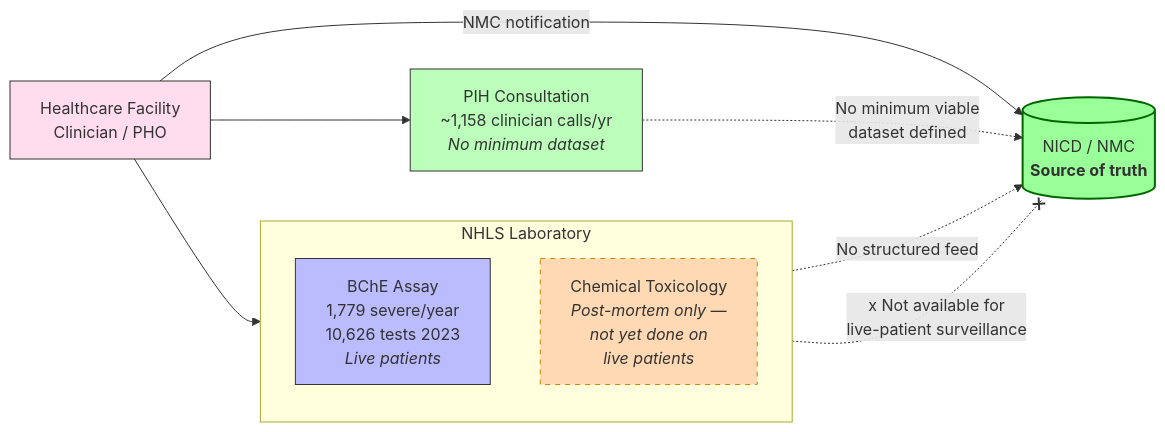
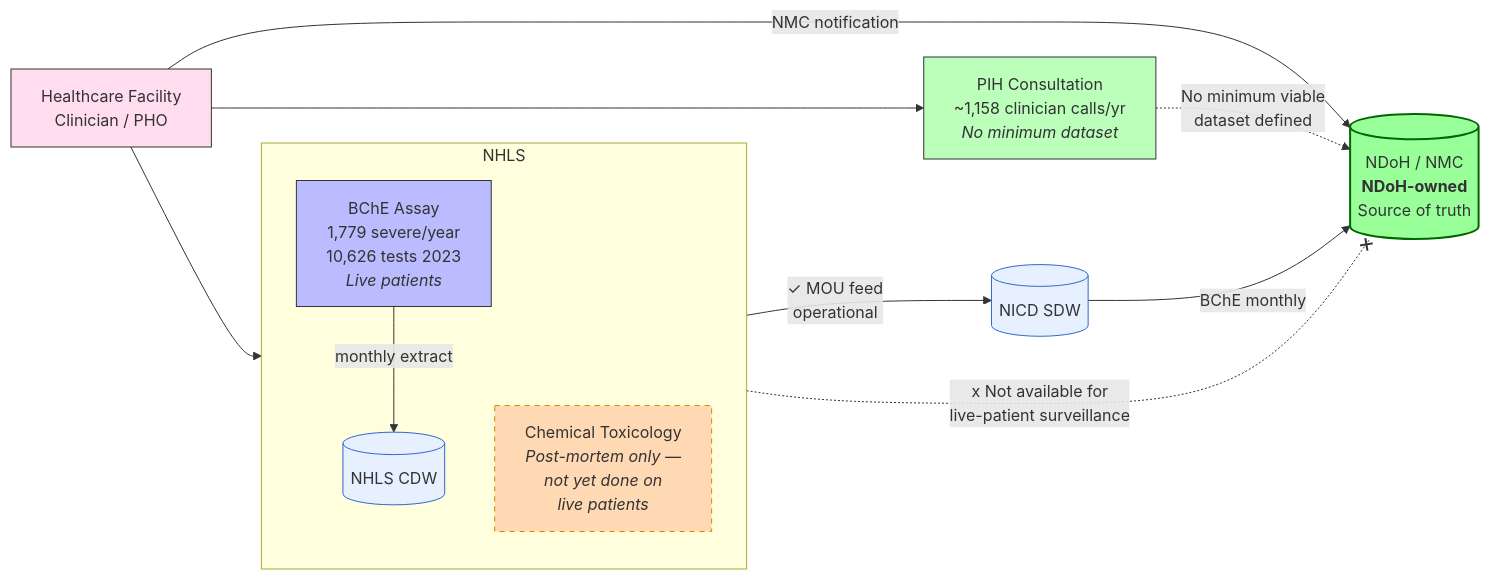
The first of 2 diagrams in posts/surveillance_policy.qmd (bridaybrummer/D2P_project), drawn with Mermaid before and after one commit. The commit also changed other lines of this file and 9 other files, not shown here.

````diff
--- a/posts/surveillance_policy.qmd
+++ b/posts/surveillance_policy.qmd
@@ -49,25 +49,32 @@
 ```{mermaid}
 %%| label: fig-surv-current-system
-%%| fig-cap: "Current surveillance architecture. NICD/NMC is the source of truth, but the NHLS laboratory streams (BChE on live patients; chemical toxicology — post-mortem only) and PIH consultations do not feed into NMC in a structured way."
+%%| fig-cap: "Current surveillance architecture. NMC is NDoH-owned and is the source of truth. NHLS BChE results now route to NMC via NHLS CDW → NICD SDW (MOU feed, now operational). Two active gaps remain: PIH consultations have no structured NMC feed, and chemical toxicology is post-mortem only."
 flowchart LR
-    A[Healthcare Facility<br/>Clinician / PHO] -->|NMC notification| E[("NICD / NMC<br/><b>Source of truth</b>")]
-    A --> N[NHLS Laboratory]
+    A[Healthcare Facility<br/>Clinician / PHO] -->|NMC notification| E[("NDoH / NMC<br/><b>NDoH-owned</b><br/>Source of truth")]
+    A --> NHLS
 
-    subgraph N[NHLS Laboratory]
+    subgraph NHLS[NHLS]
         direction TB
         C1[BChE Assay<br/>1,779 severe/year<br/>10,626 tests 2023<br/><i>Live patients</i>]
         C2[Chemical Toxicology<br/><i>Post-mortem only —<br/>not yet done on<br/>live patients</i>]
+        CDW[(NHLS CDW)]
+        C1 -->|monthly extract| CDW
     end
+
+    SDW[(NICD SDW)]
+    CDW -->|"✓ MOU feed<br/>operational"| SDW
+    SDW -->|BChE monthly| E
 
     A --> D[PIH Consultation<br/>~1,158 clinician calls/yr<br/><i>No minimum dataset</i>]
 
-    C1 -.No structured feed.-> E
     C2 -.x Not available for<br/>live-patient surveillance.-x E
     D -.No minimum viable<br/>dataset defined.-> E
 
     style E fill:#9f9,stroke:#060,stroke-width:2px
     style A fill:#fde,stroke:#333
     style C1 fill:#bbf,stroke:#333
     style C2 fill:#ffd9b3,stroke:#cc8800,stroke-dasharray: 5 5
     style D fill:#bfb,stroke:#333
+    style CDW fill:#e6f0ff,stroke:#3366cc
+    style SDW fill:#e6f0ff,stroke:#3366cc
 ```
````
